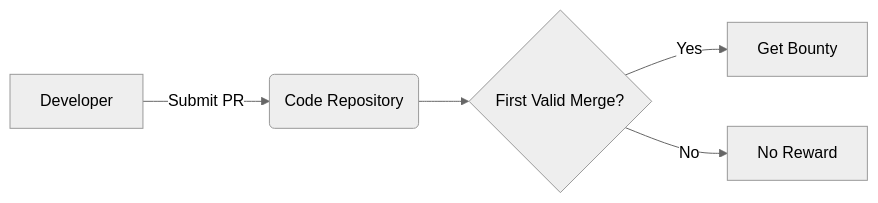
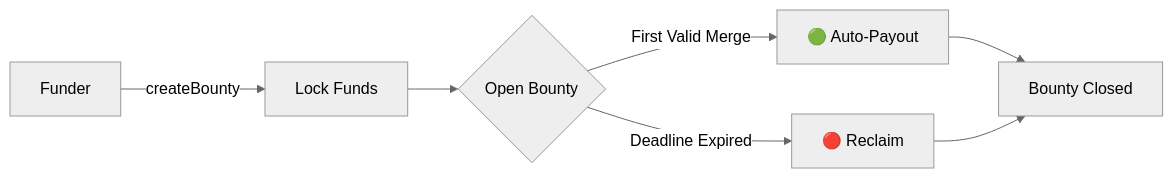
The first of 6 diagrams in README.md (b3ww/ethglobal), drawn with Mermaid (neutral theme) before and after one commit. The commit also changed other lines of this file, not shown here.

````diff
--- a/README.md
+++ b/README.md
@@ -7,7 +13,9 @@
 ```mermaid
 graph LR
-    A[Developer] -->|Submit PR| B(Code Repository)
-    B --> C{First Valid Merge?}
-    C -->|Yes| D[Get Bounty]
-    C -->|No| E[No Reward]
+    A[Funder] -->|createBounty| B[Lock Funds]
+    B --> C{Open Bounty}
+    C -->|First Valid Merge| D[🟢 Auto-Payout]
+    C -->|Deadline Expired| E[🔴 Reclaim]
+    D --> F[Bounty Closed]
+    E --> F
 ```
````
